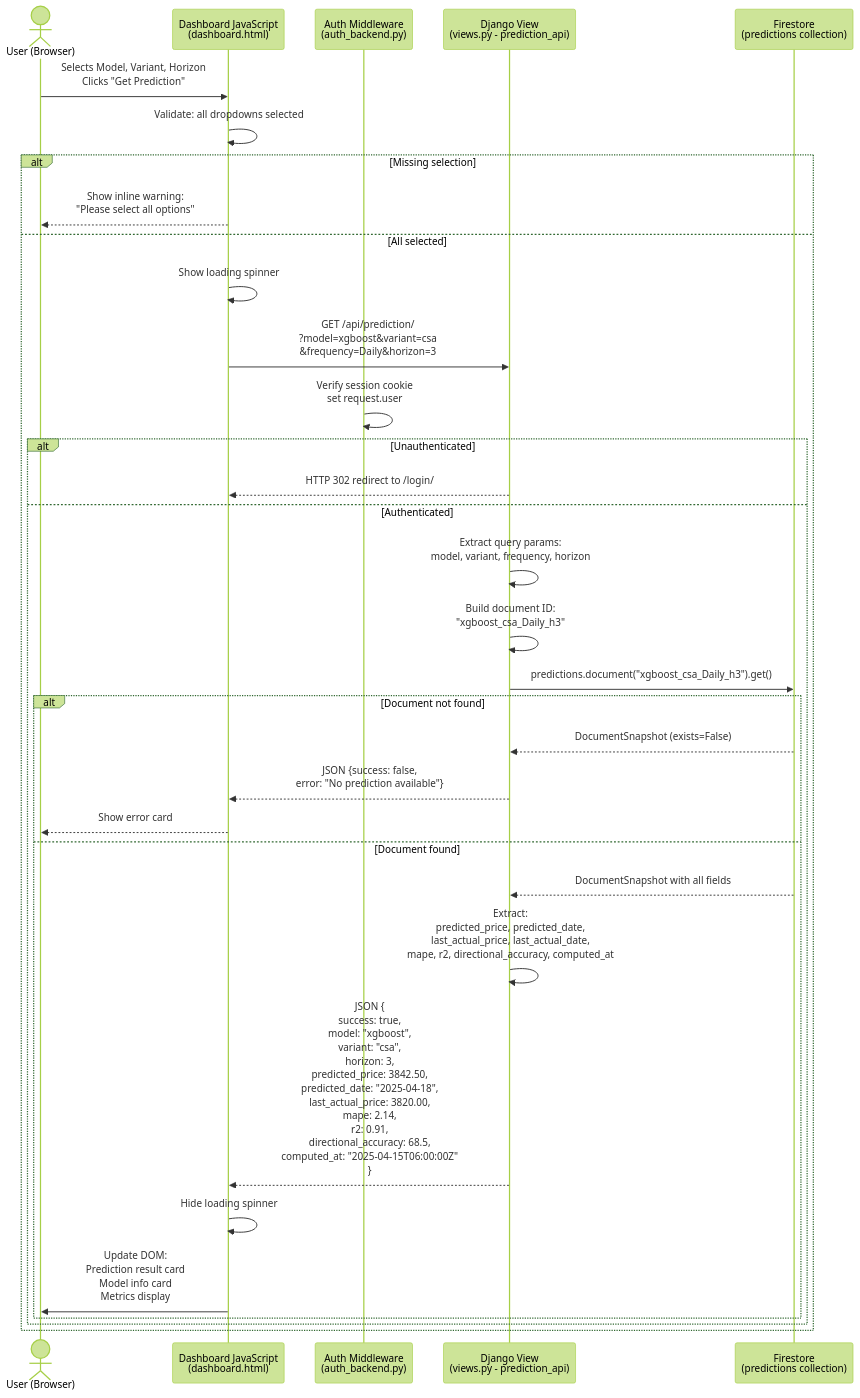
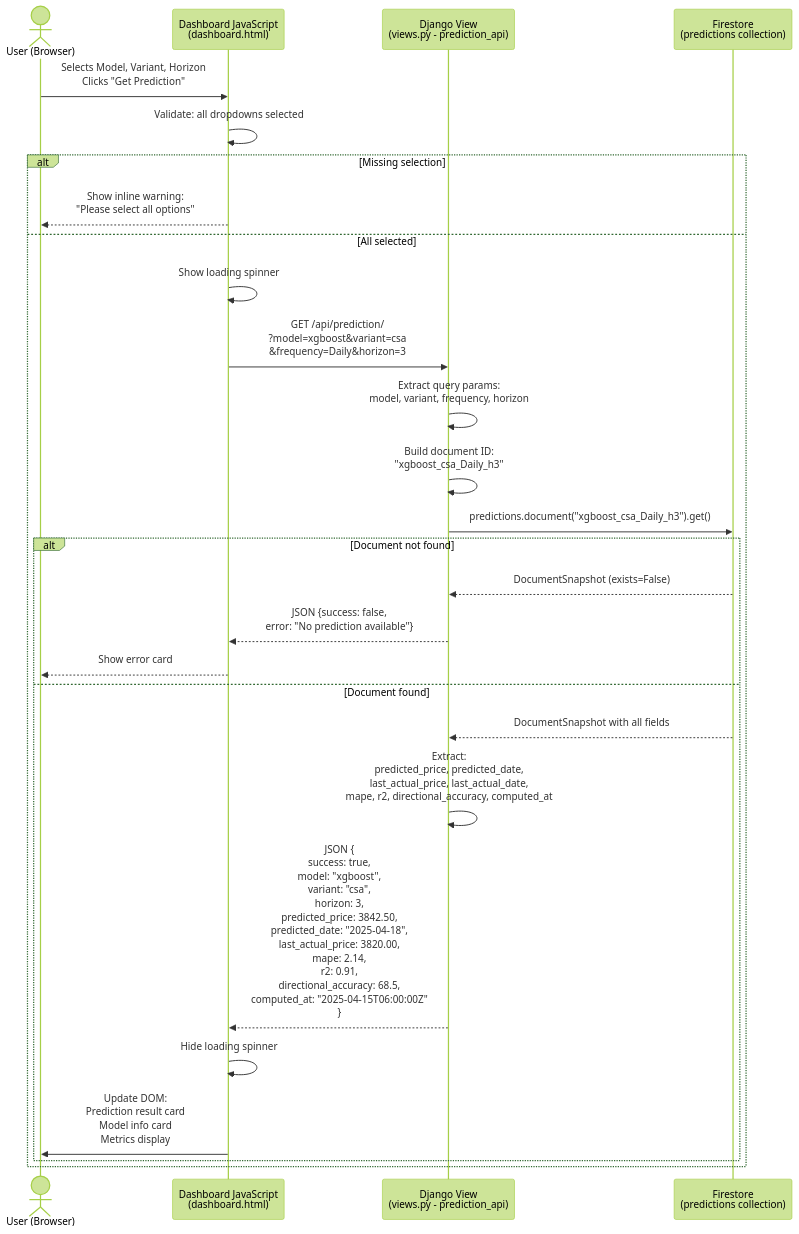
Before and after one commit to MemetStrain/Skripsi-sentiment: the first of 2 diagrams in diagrams/sequence.md, drawn with Mermaid (forest theme). The commit also changed other lines of this file and 1 other file, not shown here.

First line of the commit message:
docs(diagrams,admin): drop auth-flow sequence diagrams and stale comment

````diff
--- a/diagrams/sequence.md
+++ b/diagrams/sequence.md
@@ -182,48 +26,41 @@
 ```mermaid
 sequenceDiagram
     actor U as User (Browser)
     participant JS as Dashboard JavaScript<br/>(dashboard.html)
-    participant MW as Auth Middleware<br/>(auth_backend.py)
     participant DV as Django View<br/>(views.py - prediction_api)
     participant FS as Firestore<br/>(predictions collection)
 
     U->>JS: Selects Model, Variant, Horizon<br/>Clicks "Get Prediction"
 
     JS->>JS: Validate: all dropdowns selected
 
     alt Missing selection
         JS-->>U: Show inline warning:<br/>"Please select all options"
     else All selected
         JS->>JS: Show loading spinner
 
         JS->>DV: GET /api/prediction/<br/>?model=xgboost&variant=csa<br/>&frequency=Daily&horizon=3
 
-        MW->>MW: Verify session cookie<br/>set request.user
+        DV->>DV: Extract query params:<br/>model, variant, frequency, horizon
 
-        alt Unauthenticated
-            DV-->>JS: HTTP 302 redirect to /login/
-        else Authenticated
-            DV->>DV: Extract query params:<br/>model, variant, frequency, horizon
+        DV->>DV: Build document ID:<br/>"xgboost_csa_Daily_h3"
 
-            DV->>DV: Build document ID:<br/>"xgboost_csa_Daily_h3"
+        DV->>FS: predictions.document("xgboost_csa_Daily_h3").get()
 
-            DV->>FS: predictions.document("xgboost_csa_Daily_h3").get()
+        alt Document not found
+            FS-->>DV: DocumentSnapshot (exists=False)
+            DV-->>JS: JSON {success: false,<br/>error: "No prediction available"}
+            JS-->>U: Show error card
+        else Document found
+            FS-->>DV: DocumentSnapshot with all fields
 
-            alt Document not found
-                FS-->>DV: DocumentSnapshot (exists=False)
-                DV-->>JS: JSON {success: false,<br/>error: "No prediction available"}
-                JS-->>U: Show error card
-            else Document found
-                FS-->>DV: DocumentSnapshot with all fields
+            DV->>DV: Extract:<br/>predicted_price, predicted_date,<br/>last_actual_price, last_actual_date,<br/>mape, r2, directional_accuracy, computed_at
 
-                DV->>DV: Extract:<br/>predicted_price, predicted_date,<br/>last_actual_price, last_actual_date,<br/>mape, r2, directional_accuracy, computed_at
+            DV-->>JS: JSON {<br/>  success: true,<br/>  model: "xgboost",<br/>  variant: "csa",<br/>  horizon: 3,<br/>  predicted_price: 3842.50,<br/>  predicted_date: "2025-04-18",<br/>  last_actual_price: 3820.00,<br/>  mape: 2.14,<br/>  r2: 0.91,<br/>  directional_accuracy: 68.5,<br/>  computed_at: "2025-04-15T06:00:00Z"<br/>}
 
-                DV-->>JS: JSON {<br/>  success: true,<br/>  model: "xgboost",<br/>  variant: "csa",<br/>  horizon: 3,<br/>  predicted_price: 3842.50,<br/>  predicted_date: "2025-04-18",<br/>  last_actual_price: 3820.00,<br/>  mape: 2.14,<br/>  r2: 0.91,<br/>  directional_accuracy: 68.5,<br/>  computed_at: "2025-04-15T06:00:00Z"<br/>}
+            JS->>JS: Hide loading spinner
 
-                JS->>JS: Hide loading spinner
-
-                JS->>U: Update DOM:<br/>Prediction result card<br/>Model info card<br/>Metrics display
-            end
+            JS->>U: Update DOM:<br/>Prediction result card<br/>Model info card<br/>Metrics display
         end
     end
 ```
````
